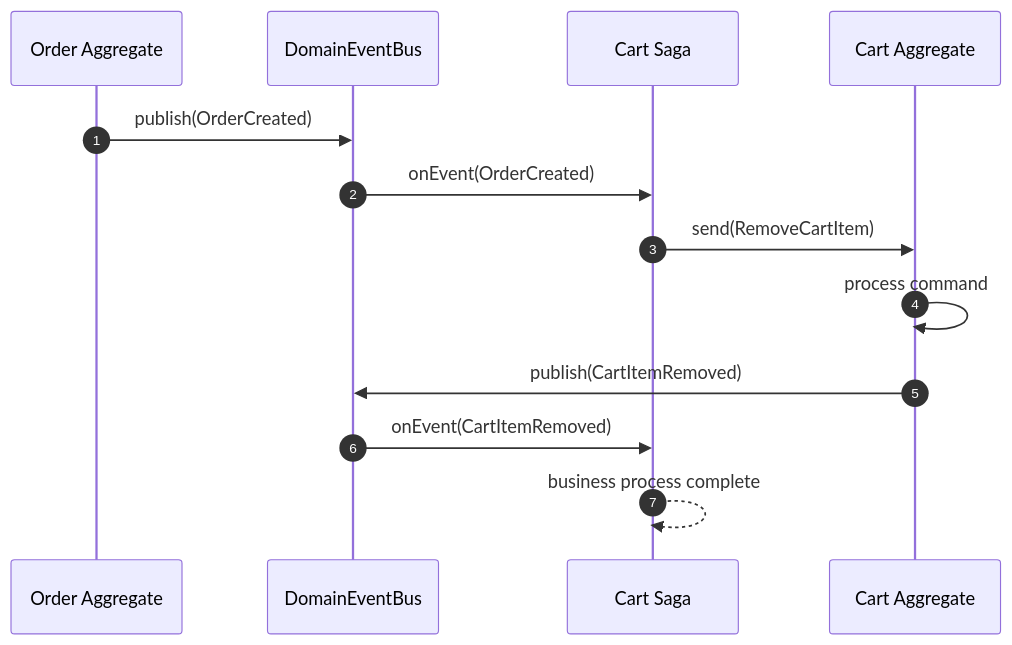
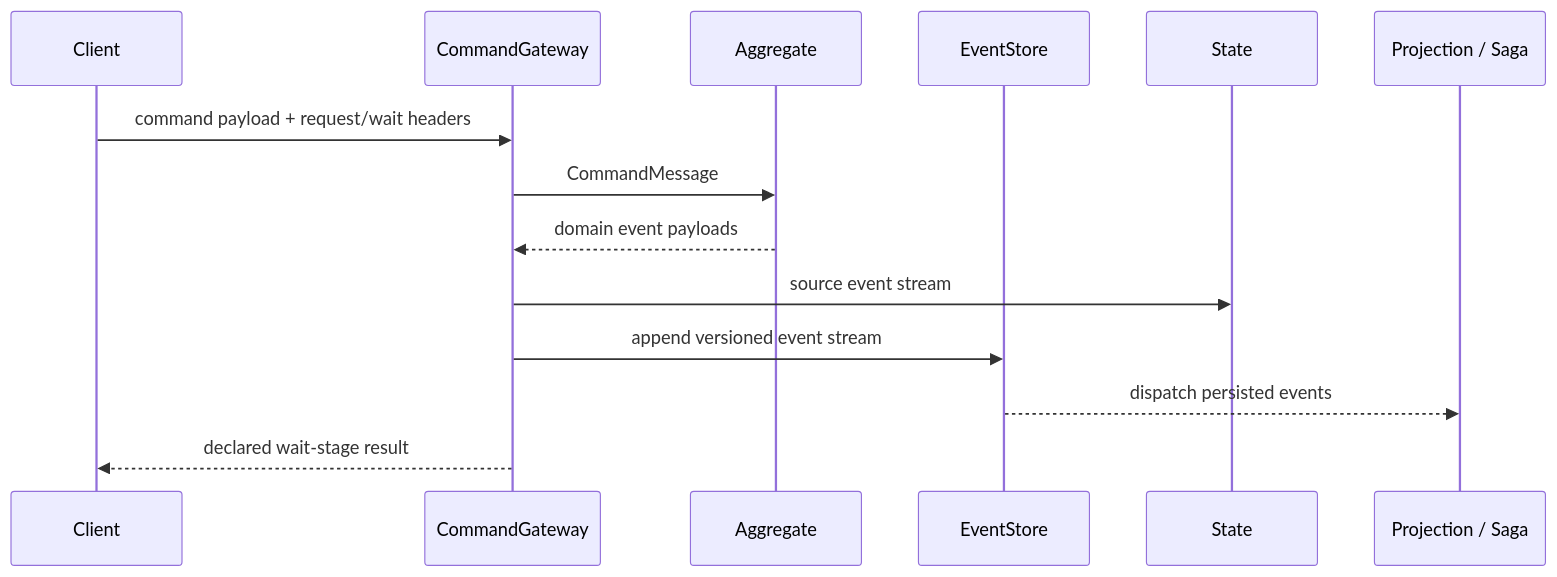
The diagram in documentation/docs/en/guide/core-concepts.md (Ahoo-Wang/Wow), drawn with Mermaid before and after one commit. The commit also changed other lines of this file and 166 other files, not shown here.

````diff
--- a/documentation/docs/en/guide/core-concepts.md
+++ b/documentation/docs/en/guide/core-concepts.md
@@ -267,16 +151,17 @@
 ```mermaid
 sequenceDiagram
-    autonumber
-    participant Order as Order Aggregate
-    participant EBus as DomainEventBus
-    participant Saga as Cart Saga
-    participant Cart as Cart Aggregate
+    participant Client
+    participant Gateway as CommandGateway
+    participant Aggregate
+    participant Store as EventStore
+    participant State
+    participant Processor as Projection / Saga
 
-    Order->>EBus: publish(OrderCreated)
-    EBus->>Saga: onEvent(OrderCreated)
-    Saga->>Cart: send(RemoveCartItem)
-    Cart->>Cart: process command
-    Cart->>EBus: publish(CartItemRemoved)
-    EBus->>Saga: onEvent(CartItemRemoved)
-    Saga-->>Saga: business process complete
+    Client->>Gateway: command payload + request/wait headers
+    Gateway->>Aggregate: CommandMessage
+    Aggregate-->>Gateway: domain event payloads
+    Gateway->>State: source event stream
+    Gateway->>Store: append versioned event stream
+    Store-->>Processor: dispatch persisted events
+    Gateway-->>Client: declared wait-stage result
 ```
````
